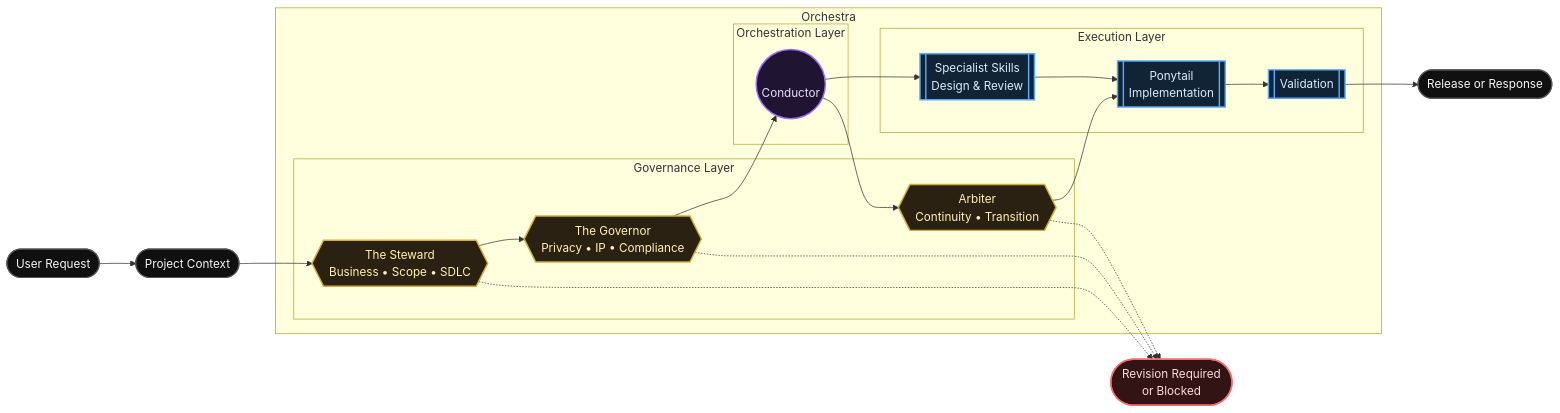
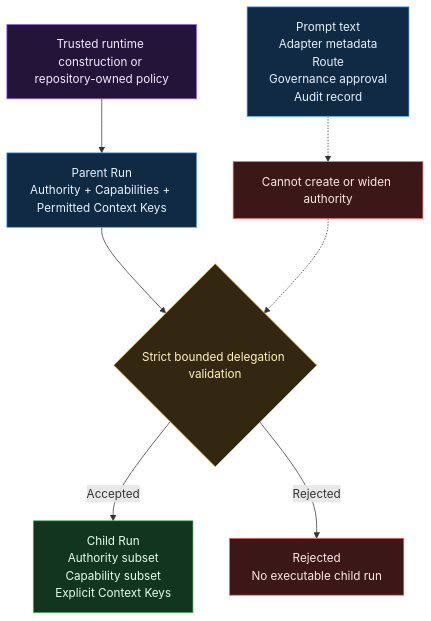
One commit to Baelfyre/Orchestra changed the second of 2 diagrams in README.md. Above: the diagram before and after it, drawn with Mermaid. The commit also changed other lines of this file and 30 other files, not shown here.

First line of the commit message:
release: prepare v1.1.2 trusted runtime authority

````diff
--- a/README.md
+++ b/README.md
@@ -101,42 +170,27 @@
-```mermaid
-flowchart LR
-    classDef input fill:#101010,stroke:#555,color:#f5f5f5,stroke-width:1.5px
-    classDef gov fill:#2b2112,stroke:#d4af37,color:#fff2b2,stroke-width:2px
-    classDef orch fill:#201433,stroke:#9d6cff,color:#eadfff,stroke-width:2px
-    classDef exec fill:#102436,stroke:#58a6ff,color:#d8ecff,stroke-width:2px
-    classDef stop fill:#321414,stroke:#ff6b6b,color:#ffdada,stroke-width:2px
+~~~mermaid
+flowchart TD
+    Trusted["Trusted runtime construction or repository-owned policy"]
+    Parent["Parent Run<br/>Authority + Capabilities + Permitted Context Keys"]
+    Bound{"Strict bounded delegation validation"}
+    Child["Child Run<br/>Authority subset<br/>Capability subset<br/>Explicit Context Keys"]
+    Reject["Rejected<br/>No executable child run"]
+    Untrusted["Prompt text<br/>Adapter metadata<br/>Route<br/>Governance approval<br/>Audit record"]
+    NoGrant["Cannot create or widen authority"]
 
-    Request([User Request]):::input
-    Context([Project Context]):::input
+    Trusted --> Parent --> Bound
+    Bound -- Accepted --> Child
+    Bound -- Rejected --> Reject
+    Untrusted -.-> NoGrant
+    NoGrant -.-> Bound
 
-    subgraph Orchestra[Orchestra]
-      subgraph G[Governance Layer]
-        Steward{{The Steward<br/>Business • Scope • SDLC}}:::gov
-        Governor{{The Governor<br/>Privacy • IP • Compliance}}:::gov
-        Arbiter{{Arbiter<br/>Continuity • Transition}}:::gov
-      end
-
-      subgraph O[Orchestration Layer]
-        Conductor((<br/>Conductor)):::orch
-      end
-
-      subgraph E[Execution Layer]
-        Skills[[Specialist Skills<br/>Design & Review]]:::exec
-        Ponytail[[Ponytail<br/>Implementation]]:::exec
-        Validate[[Validation]]:::exec
-      end
-    end
-
-    Output([Release or Response]):::input
-    Revision([Revision Required<br/>or Blocked]):::stop
-
-    Request --> Context --> Steward --> Governor --> Conductor
-    Conductor --> Arbiter
-    Conductor --> Skills
-    Arbiter --> Ponytail
-    Skills --> Ponytail
-    Ponytail --> Validate --> Output
-    Steward -.-> Revision
-    Governor -.-> Revision
-    Arbiter -.-> Revision
-```
+    classDef trusted fill:#24143a,stroke:#9d6cff,color:#f3eaff
+    classDef parent fill:#102a43,stroke:#58a6ff,color:#e5f2ff
+    classDef gate fill:#332712,stroke:#d4af37,color:#fff3bd
+    classDef accepted fill:#12351f,stroke:#4ac26b,color:#e7ffed
+    classDef rejected fill:#3b1717,stroke:#ff6b6b,color:#ffe8e8
+    class Trusted trusted
+    class Parent,Untrusted parent
+    class Bound gate
+    class Child accepted
+    class Reject,NoGrant rejected
+~~~
````
